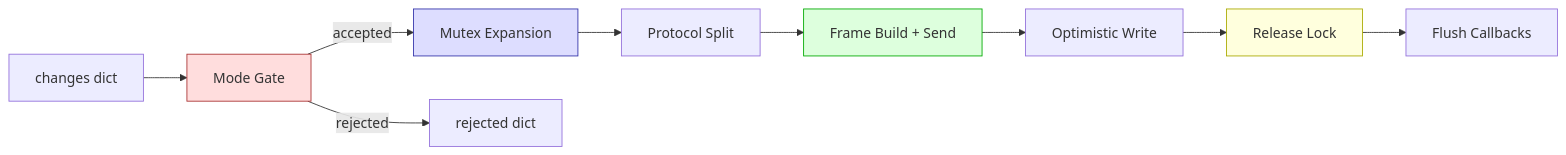
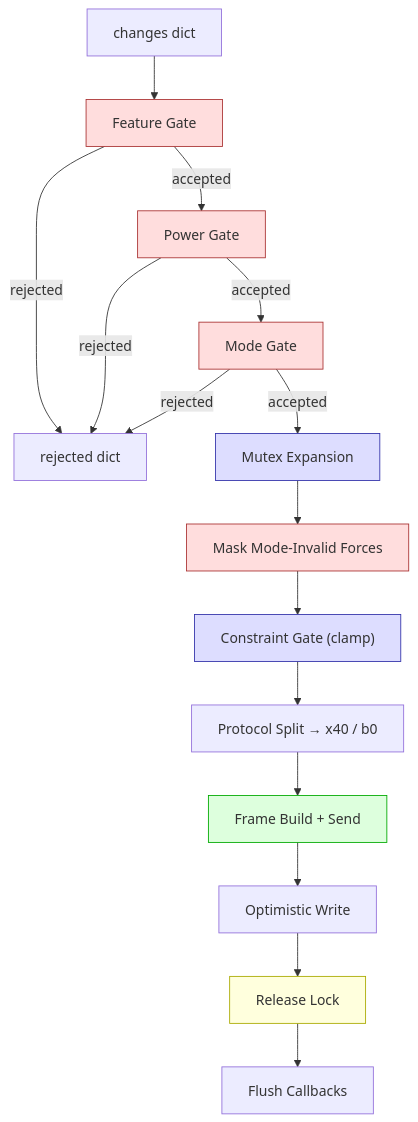
Before and after one commit to fabcoded/blaueis-libmidea: the third of 11 diagrams in docs/status_db.md, drawn with Mermaid. The commit also changed other lines of this file, not shown here.

First line of the commit message:
docs: status_db §5 — feature gate, power gate, mask, constraint gate

````diff
--- a/docs/status_db.md
+++ b/docs/status_db.md
@@ -278,16 +285,26 @@
 ```mermaid
-flowchart LR
-    A["changes dict"] --> B["Mode Gate"]
-    B -->|accepted| C["Mutex Expansion"]
+flowchart TD
+    A["changes dict"] --> B["Feature Gate"]
+    B -->|accepted| C["Power Gate"]
     B -->|rejected| R["rejected dict"]
-    C --> D["Protocol Split"]
-    D --> E["Frame Build + Send"]
-    E --> F["Optimistic Write"]
-    F --> G["Release Lock"]
-    G --> H["Flush Callbacks"]
+    C -->|accepted| D["Mode Gate"]
+    C -->|rejected| R
+    D -->|accepted| E["Mutex Expansion"]
+    D -->|rejected| R
+    E --> F["Mask Mode-Invalid Forces"]
+    F --> G["Constraint Gate (clamp)"]
+    G --> H["Protocol Split → x40 / b0"]
+    H --> I["Frame Build + Send"]
+    I --> J["Optimistic Write"]
+    J --> K["Release Lock"]
+    K --> L["Flush Callbacks"]
 
     style B fill:#fdd,stroke:#a33
-    style C fill:#ddf,stroke:#33a
-    style E fill:#dfd,stroke:#0a0
-    style G fill:#ffd,stroke:#aa0
+    style C fill:#fdd,stroke:#a33
+    style D fill:#fdd,stroke:#a33
+    style E fill:#ddf,stroke:#33a
+    style F fill:#fdd,stroke:#a33
+    style G fill:#ddf,stroke:#33a
+    style I fill:#dfd,stroke:#0a0
+    style K fill:#ffd,stroke:#aa0
 ```
````
